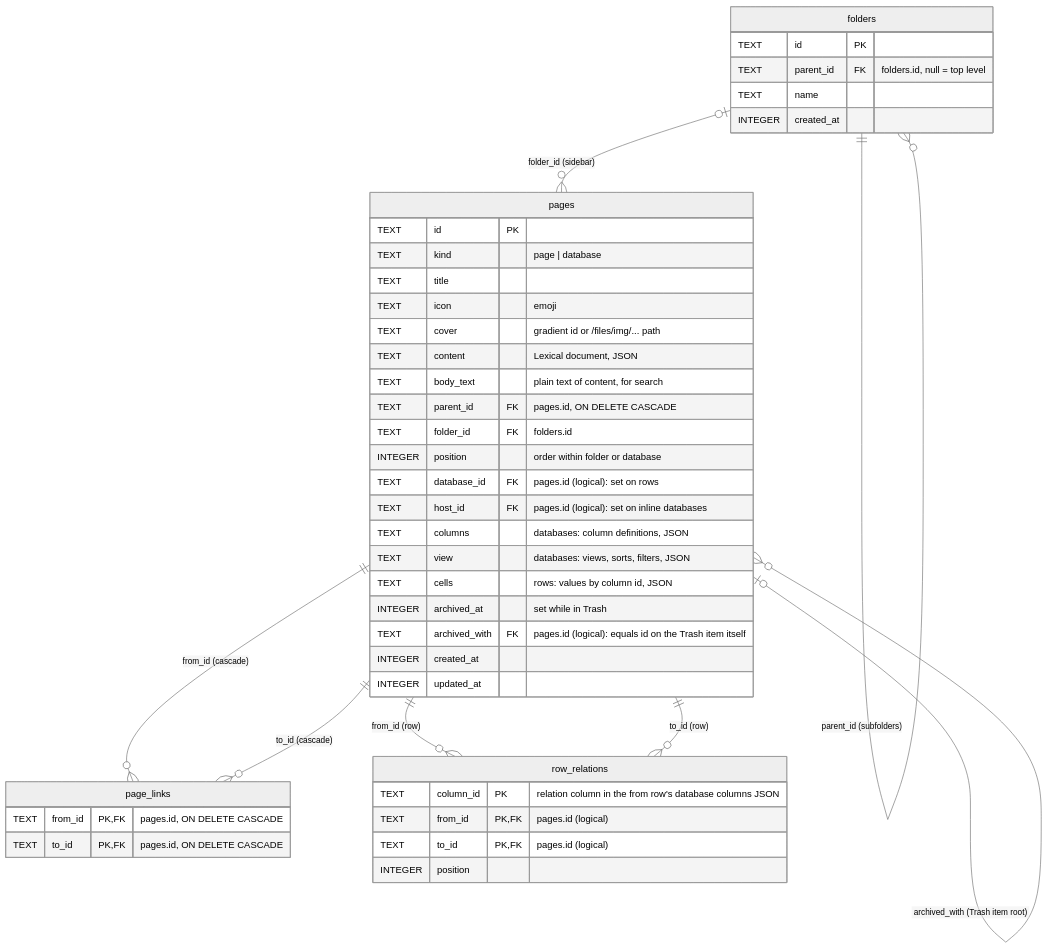
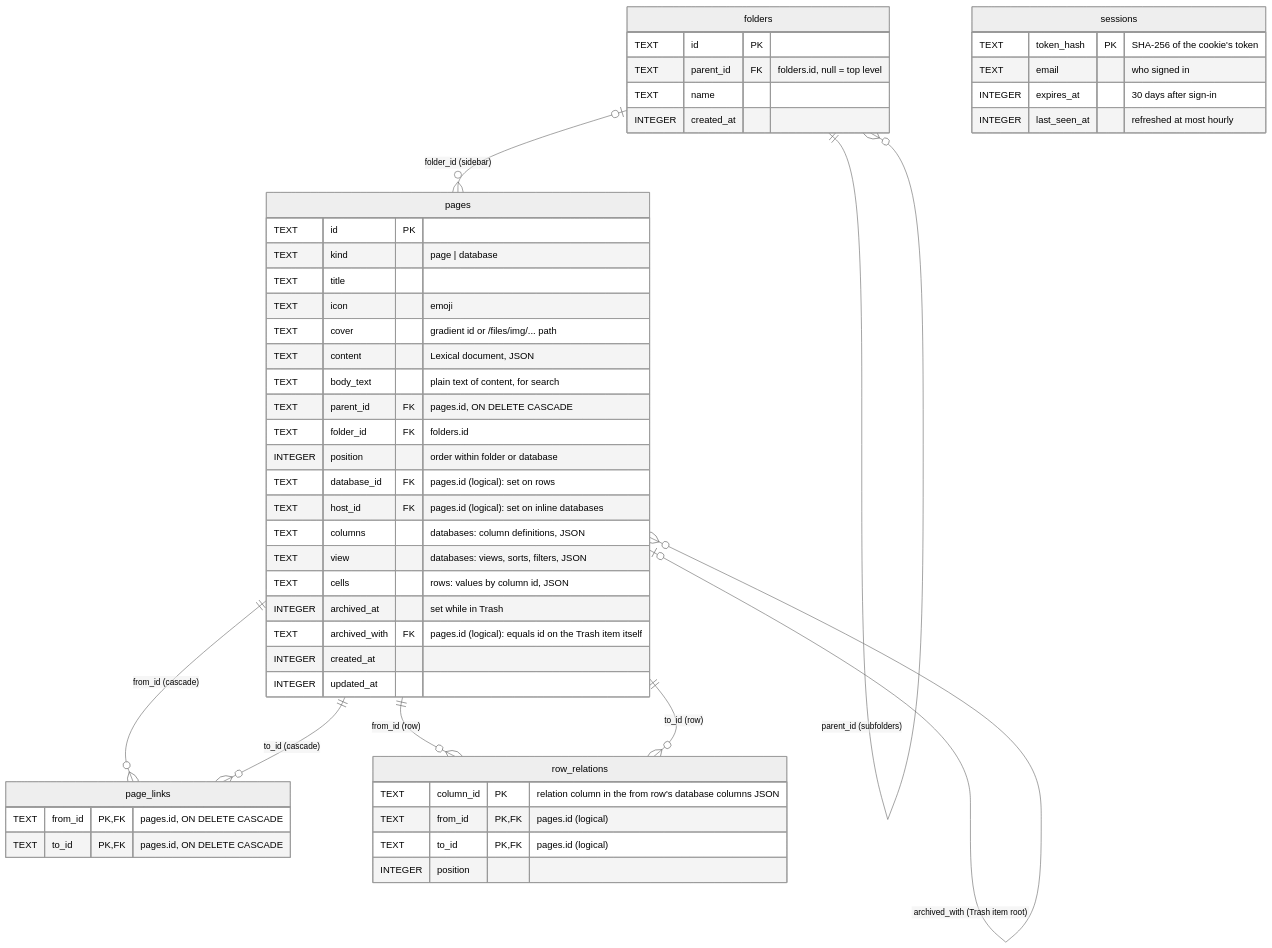
The diagram in docs/database.md (wai-lin/cfnotes), drawn with Mermaid (neutral theme) before and after one commit. The commit also changed other lines of this file and 6 other files, not shown here.

````diff
--- a/docs/database.md
+++ b/docs/database.md
@@ -5,54 +5,61 @@
 ```mermaid
 erDiagram
 	folders ||--o{ folders : "parent_id (subfolders)"
 	folders |o--o{ pages : "folder_id (sidebar)"
 	pages |o--o{ pages : "parent_id (sub-pages, cascade)"
 	pages |o--o{ pages : "database_id (rows of a database)"
 	pages |o--o{ pages : "host_id (inline database on a page)"
 	pages |o--o{ pages : "archived_with (Trash item root)"
 	pages ||--o{ page_links : "from_id (cascade)"
 	pages ||--o{ page_links : "to_id (cascade)"
 	pages ||--o{ row_relations : "from_id (row)"
 	pages ||--o{ row_relations : "to_id (row)"
 
 	folders {
 		TEXT id PK
 		TEXT parent_id FK "folders.id, null = top level"
 		TEXT name
 		INTEGER created_at
 	}
 
 	pages {
 		TEXT id PK
 		TEXT kind "page | database"
 		TEXT title
 		TEXT icon "emoji"
 		TEXT cover "gradient id or /files/img/... path"
 		TEXT content "Lexical document, JSON"
 		TEXT body_text "plain text of content, for search"
 		TEXT parent_id FK "pages.id, ON DELETE CASCADE"
 		TEXT folder_id FK "folders.id"
 		INTEGER position "order within folder or database"
 		TEXT database_id FK "pages.id (logical): set on rows"
 		TEXT host_id FK "pages.id (logical): set on inline databases"
 		TEXT columns "databases: column definitions, JSON"
 		TEXT view "databases: views, sorts, filters, JSON"
 		TEXT cells "rows: values by column id, JSON"
 		INTEGER archived_at "set while in Trash"
 		TEXT archived_with FK "pages.id (logical): equals id on the Trash item itself"
 		INTEGER created_at
 		INTEGER updated_at
 	}
 
 	page_links {
 		TEXT from_id PK,FK "pages.id, ON DELETE CASCADE"
 		TEXT to_id PK,FK "pages.id, ON DELETE CASCADE"
 	}
 
+	sessions {
+		TEXT token_hash PK "SHA-256 of the cookie's token"
+		TEXT email "who signed in"
+		INTEGER expires_at "30 days after sign-in"
+		INTEGER last_seen_at "refreshed at most hourly"
+	}
+
 	row_relations {
 		TEXT column_id PK "relation column in the from row's database columns JSON"
 		TEXT from_id PK,FK "pages.id (logical)"
 		TEXT to_id PK,FK "pages.id (logical)"
 		INTEGER position
 	}
 ```
````
